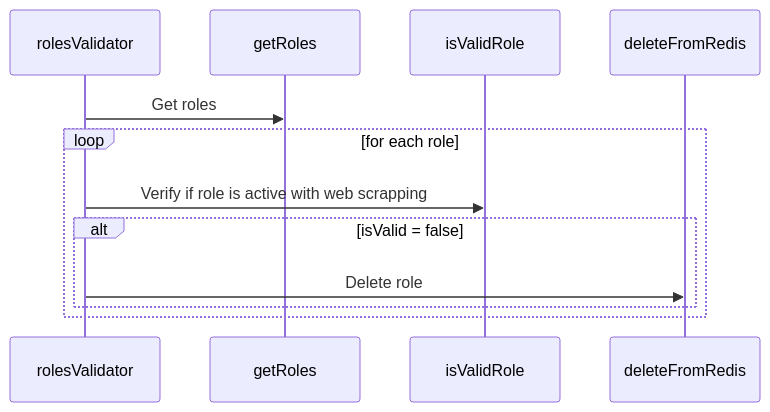
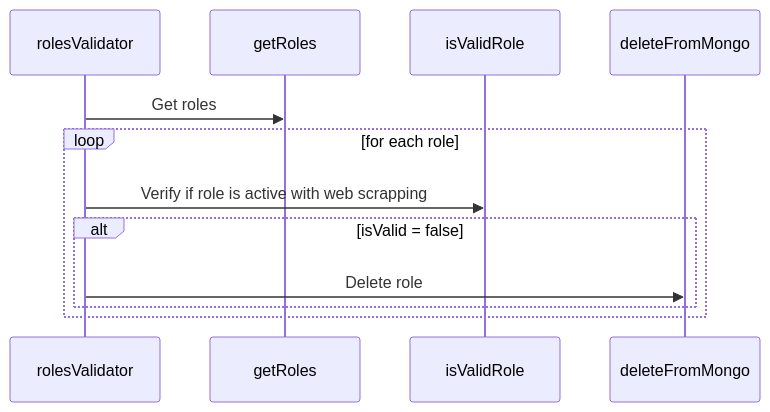
The diagram in apps/auto-email-sender/roles-validator/README.md (ocodista/trampar-de-casa), drawn with Mermaid before and after one commit. The commit also changed other lines of this file and 1 other file, not shown here.

Commit message:
docs: change redis reference to mongo

````diff
--- a/apps/auto-email-sender/roles-validator/README.md
+++ b/apps/auto-email-sender/roles-validator/README.md
@@ -9,15 +9,15 @@
 ```mermaid
 sequenceDiagram
 participant rolesValidator
 participant getRoles
 participant isValidRole
-participant deleteFromRedis
+participant deleteFromMongo
 
 rolesValidator->>getRoles: Get roles
 loop for each role
   rolesValidator->>isValidRole: Verify if role is active with web scrapping
   alt isValid = false
-    rolesValidator->>deleteFromRedis: Delete role
+    rolesValidator->>deleteFromMongo: Delete role
   end
 end
 ```
````
